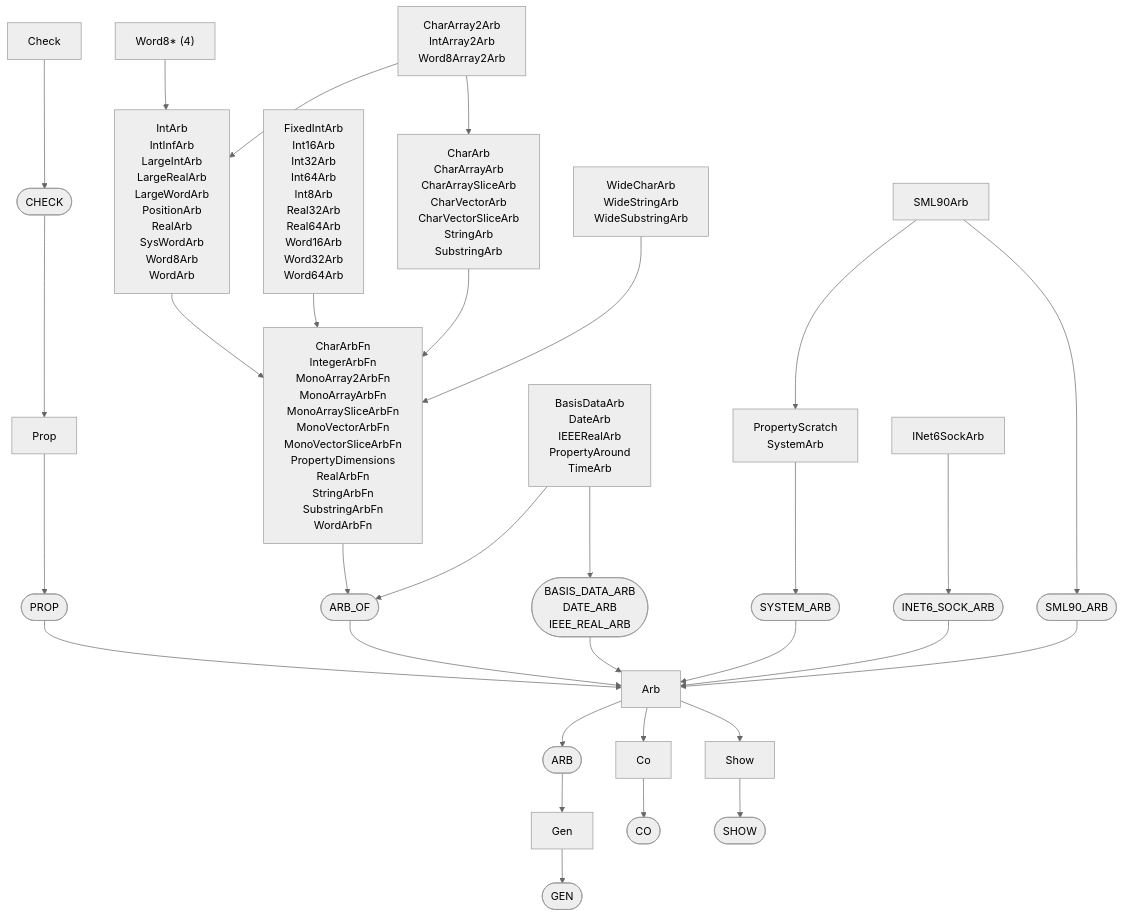
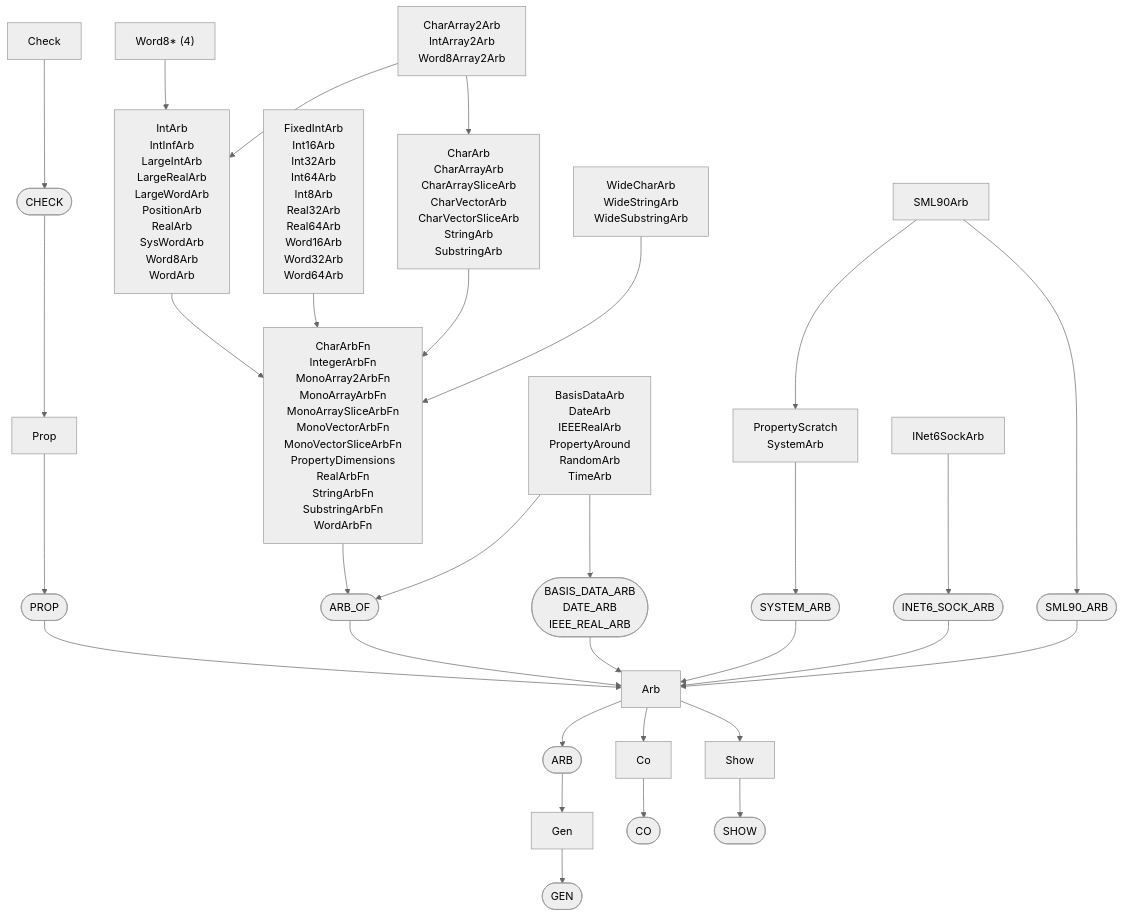
One commit to ruudkoot/rune changed the third of 3 diagrams in docs/generated/test/property/depends.md. Above: the diagram before and after it, drawn with Mermaid (neutral theme). The commit also changed 146 other files, not shown here.

````diff
--- a/docs/generated/test/property/depends.md
+++ b/docs/generated/test/property/depends.md
@@ -40,61 +40,61 @@
 ```mermaid
 flowchart TD
   n1(["GEN"])
   n2["Gen"]
   n3(["CO"])
   n4["Co"]
   n5(["SHOW"])
   n6["Show"]
   n7(["ARB"])
   n8["Arb"]
   n9(["PROP"])
   n10["Prop"]
   n11(["CHECK"])
   n12["Check"]
   n13(["ARB_OF"])
   n14["CharArbFn<br>IntegerArbFn<br>MonoArray2ArbFn<br>MonoArrayArbFn<br>MonoArraySliceArbFn<br>MonoVectorArbFn<br>MonoVectorSliceArbFn<br>PropertyDimensions<br>RealArbFn<br>StringArbFn<br>SubstringArbFn<br>WordArbFn"]
   n15(["BASIS_DATA_ARB<br>DATE_ARB<br>IEEE_REAL_ARB"])
-  n16["BasisDataArb<br>DateArb<br>IEEERealArb<br>PropertyAround<br>TimeArb"]
+  n16["BasisDataArb<br>DateArb<br>IEEERealArb<br>PropertyAround<br>RandomArb<br>TimeArb"]
   n17["IntArb<br>IntInfArb<br>LargeIntArb<br>LargeRealArb<br>LargeWordArb<br>PositionArb<br>RealArb<br>SysWordArb<br>Word8Arb<br>WordArb"]
   n18["FixedIntArb<br>Int16Arb<br>Int32Arb<br>Int64Arb<br>Int8Arb<br>Real32Arb<br>Real64Arb<br>Word16Arb<br>Word32Arb<br>Word64Arb"]
   n19["CharArb<br>CharArrayArb<br>CharArraySliceArb<br>CharVectorArb<br>CharVectorSliceArb<br>StringArb<br>SubstringArb"]
   n20["WideCharArb<br>WideStringArb<br>WideSubstringArb"]
   n21["Word8* (4)"]
   n22["CharArray2Arb<br>IntArray2Arb<br>Word8Array2Arb"]
   n23(["SYSTEM_ARB"])
   n24["PropertyScratch<br>SystemArb"]
   n25(["INET6_SOCK_ARB"])
   n26["INet6SockArb"]
   n27(["SML90_ARB"])
   n28["SML90Arb"]
   n2 --> n1
   n4 --> n3
   n6 --> n5
   n7 --> n2
   n8 --> n7
   n8 --> n4
   n8 --> n6
   n9 --> n8
   n10 --> n9
   n11 --> n10
   n12 --> n11
   n13 --> n8
   n14 --> n13
   n15 --> n8
   n16 --> n13
   n16 --> n15
   n17 --> n14
   n18 --> n14
   n19 --> n14
   n20 --> n14
   n21 --> n17
   n22 --> n19
   n22 --> n17
   n23 --> n8
   n24 --> n23
   n25 --> n8
   n26 --> n25
   n27 --> n8
   n28 --> n24
   n28 --> n27
 ```
````
